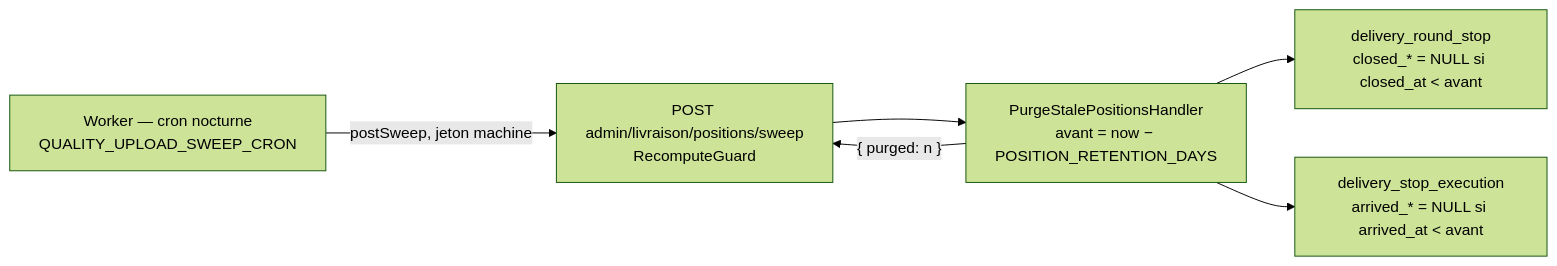
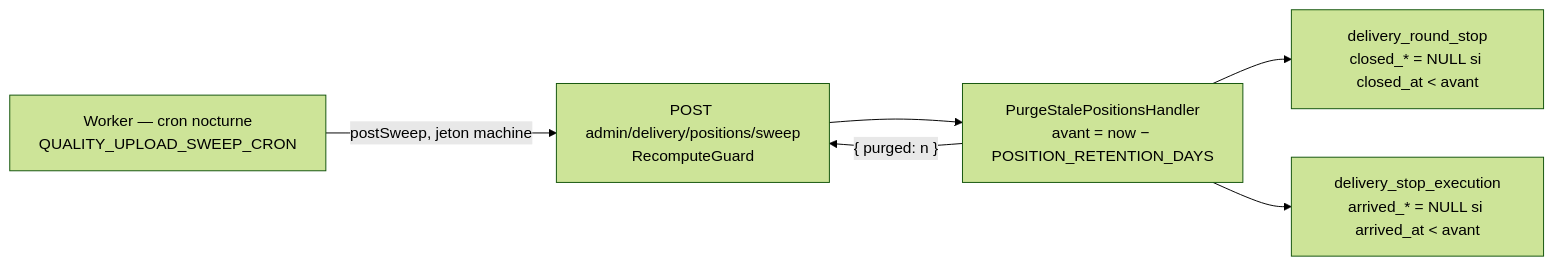
Before and after one commit to hugoheynard/lfd: the third of 4 diagrams in documentation/livraisons/livreur/gps-y-aller-et-position.md, drawn with Mermaid (forest theme). The commit also changed other lines of this file and 159 other files, not shown here.

````diff
--- a/documentation/livraisons/livreur/gps-y-aller-et-position.md
+++ b/documentation/livraisons/livreur/gps-y-aller-et-position.md
@@ -219,8 +219,8 @@
 ```mermaid
 flowchart LR
-  W["Worker — cron nocturne<br/>QUALITY_UPLOAD_SWEEP_CRON"] -->|"postSweep, jeton machine"| R["POST admin/livraison/positions/sweep<br/>RecomputeGuard"]
+  W["Worker — cron nocturne<br/>QUALITY_UPLOAD_SWEEP_CRON"] -->|"postSweep, jeton machine"| R["POST admin/delivery/positions/sweep<br/>RecomputeGuard"]
   R --> H["PurgeStalePositionsHandler<br/>avant = now − POSITION_RETENTION_DAYS"]
   H --> C["delivery_round_stop<br/>closed_* = NULL si closed_at &lt; avant"]
   H --> A["delivery_stop_execution<br/>arrived_* = NULL si arrived_at &lt; avant"]
   H -->|"{ purged: n }"| R
 ```
````
